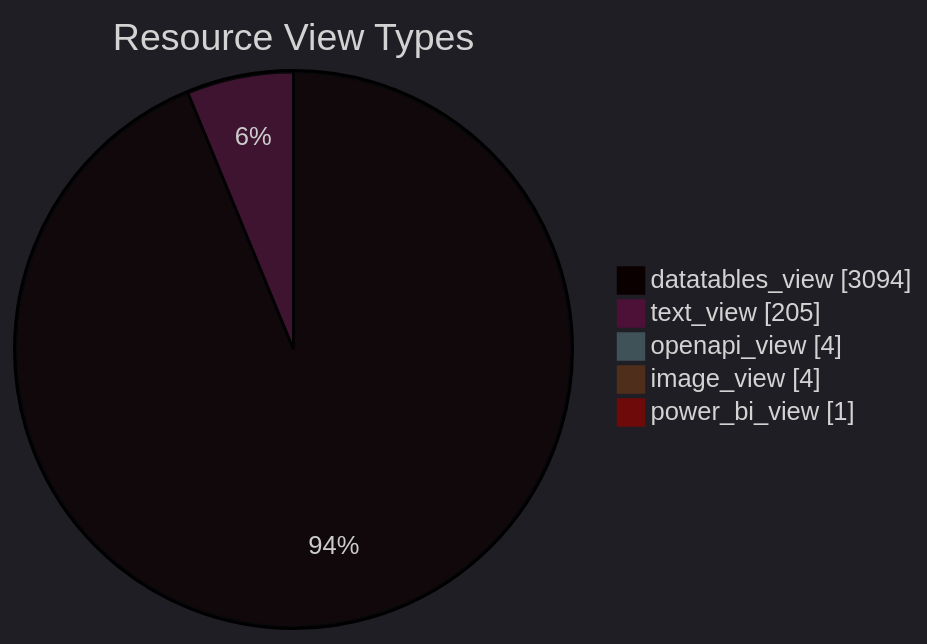
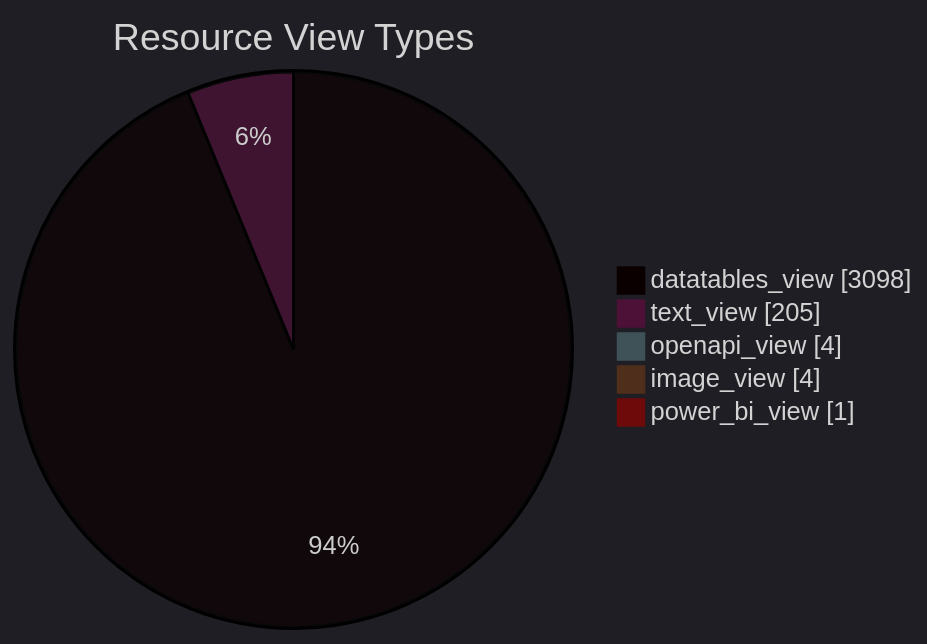
The diagram in datastore_tracker/resource_view_types_pie_chart.md (open-data/analytics-corporate-reporting), drawn with Mermaid before and after one commit. The commit also changed 9 other files, not shown here.

````diff
--- a/datastore_tracker/resource_view_types_pie_chart.md
+++ b/datastore_tracker/resource_view_types_pie_chart.md
@@ -2,12 +2,12 @@
 ```mermaid
 ---
 config:
   theme: dark
 ---
 pie showData title Resource View Types
-    "datatables_view": 3094
+    "datatables_view": 3098
     "text_view": 205
     "openapi_view": 4
     "image_view": 4
     "power_bi_view": 1
 ```
````
